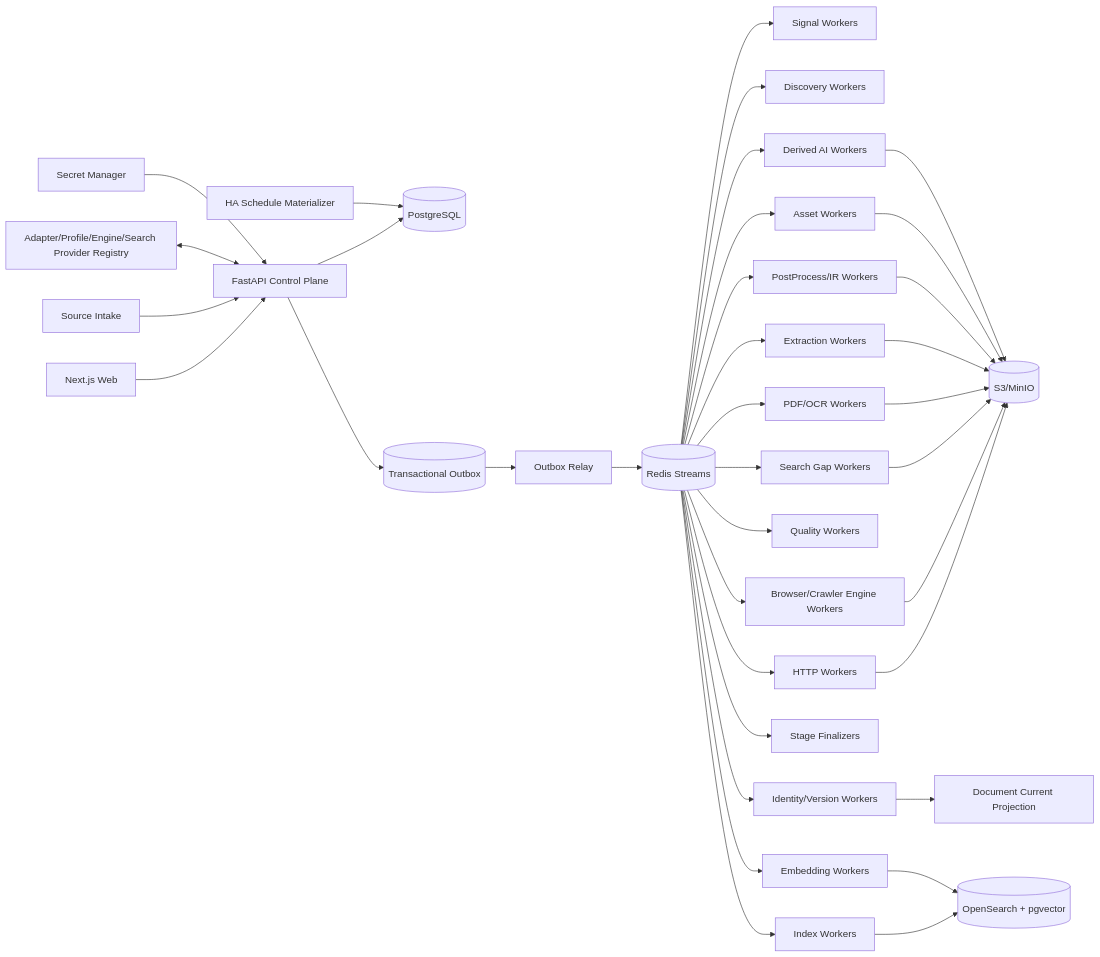
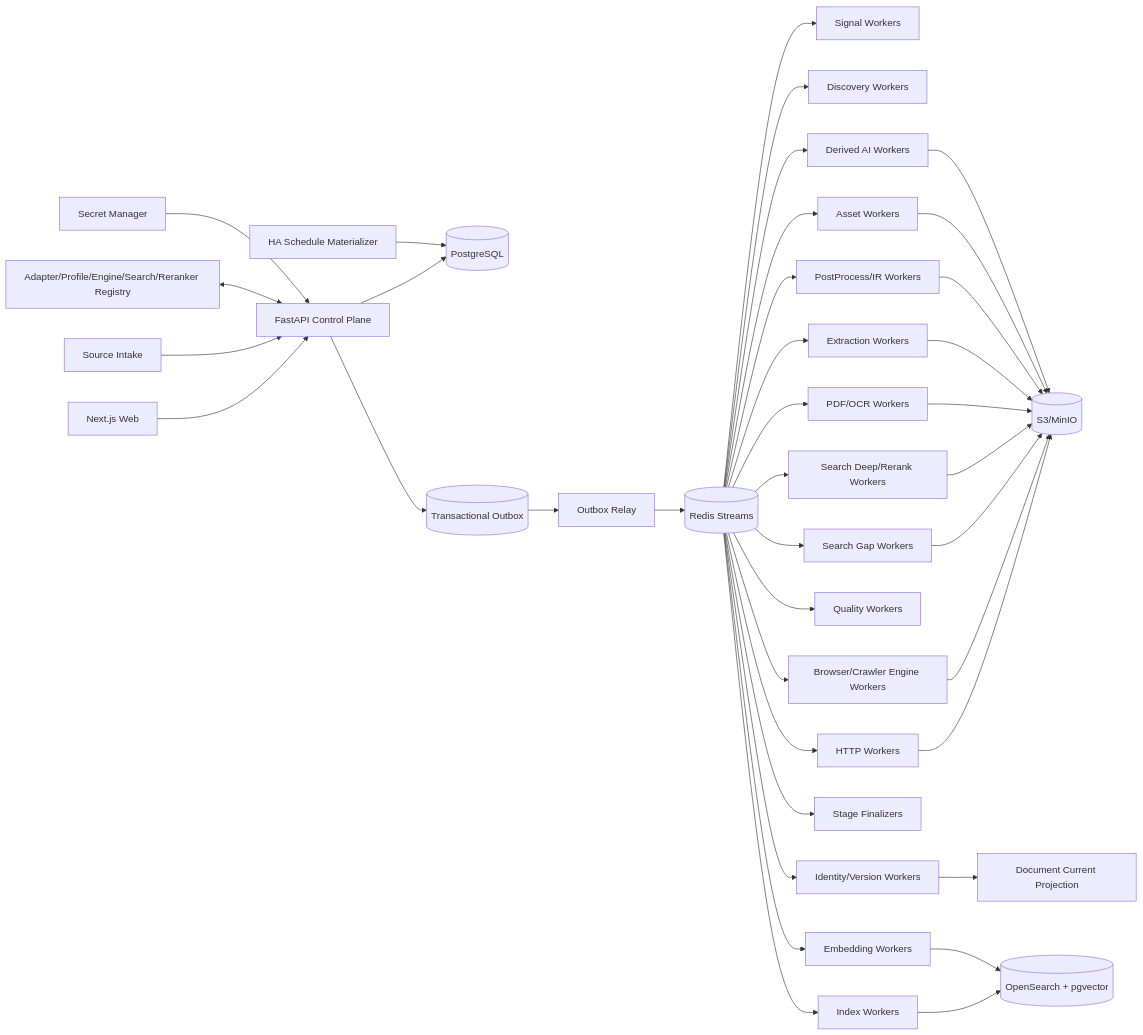
The diagram in 博客知识库技术方案.md (WorkerXu/my-doc), drawn with Mermaid before and after one commit. The commit also changed other lines of this file, not shown here.

````diff
--- a/博客知识库技术方案.md
+++ b/博客知识库技术方案.md
@@ -77,42 +84,44 @@
 ```mermaid
 flowchart LR
     UI[Next.js Web] --> API[FastAPI Control Plane]
     SI[Source Intake] --> API
     API --> PG[(PostgreSQL)]
     API --> OUT[(Transactional Outbox)]
     SCH[HA Schedule Materializer] --> PG
-    REG[Adapter/Profile/Engine/Search Provider Registry] <--> API
+    REG[Adapter/Profile/Engine/Search/Reranker Registry] <--> API
     SEC[Secret Manager] --> API
 
     OUT --> RELAY[Outbox Relay]
     RELAY --> Q[(Redis Streams)]
 
     Q --> SG[Signal Workers]
     Q --> DW[Discovery Workers]
     Q --> SW[Search Gap Workers]
+    Q --> SD[Search Deep/Rerank Workers]
     Q --> HF[HTTP Workers]
     Q --> BW[Browser/Crawler Engine Workers]
     Q --> PDF[PDF/OCR Workers]
     Q --> EX[Extraction Workers]
     Q --> PP[PostProcess/IR Workers]
     Q --> QV[Quality Workers]
     Q --> ID[Identity/Version Workers]
     Q --> AW[Asset Workers]
     Q --> FIN[Stage Finalizers]
     Q --> IX[Index Workers]
     Q --> EW[Embedding Workers]
     Q --> AI[Derived AI Workers]
 
     HF --> OBJ[(S3/MinIO)]
     BW --> OBJ
     SW --> OBJ
+    SD --> OBJ
     PDF --> OBJ
     EX --> OBJ
     PP --> OBJ
     AW --> OBJ
     AI --> OBJ
 
     ID --> CUR[Document Current Projection]
     IX --> SEARCH[(OpenSearch + pgvector)]
     EW --> SEARCH
 ```
````
